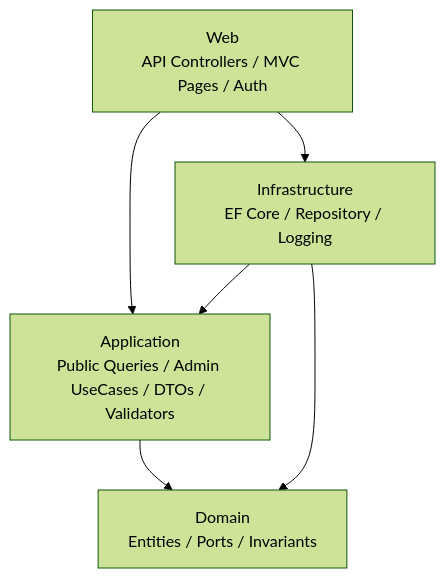
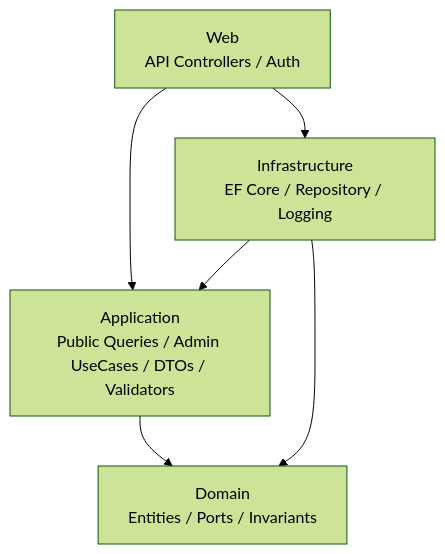
The first of 3 diagrams in docs/design/architecture-overview.md (p-o-ke-nae/pokemondamagecalculatorforstory), drawn with Mermaid (forest theme) before and after one commit. The commit also changed other lines of this file and 20 other files, not shown here.

````diff
--- a/docs/design/architecture-overview.md
+++ b/docs/design/architecture-overview.md
@@ -31,13 +31,13 @@
 ```mermaid
 graph TD
-    Web["Web<br/>API Controllers / MVC Pages / Auth"]
+    Web["Web<br/>API Controllers / Auth"]
     App["Application<br/>Public Queries / Admin UseCases / DTOs / Validators"]
     Infra["Infrastructure<br/>EF Core / Repository / Logging"]
     Domain["Domain<br/>Entities / Ports / Invariants"]
 
     Web --> App
     Web --> Infra
     App --> Domain
     Infra --> App
     Infra --> Domain
 ```
````
